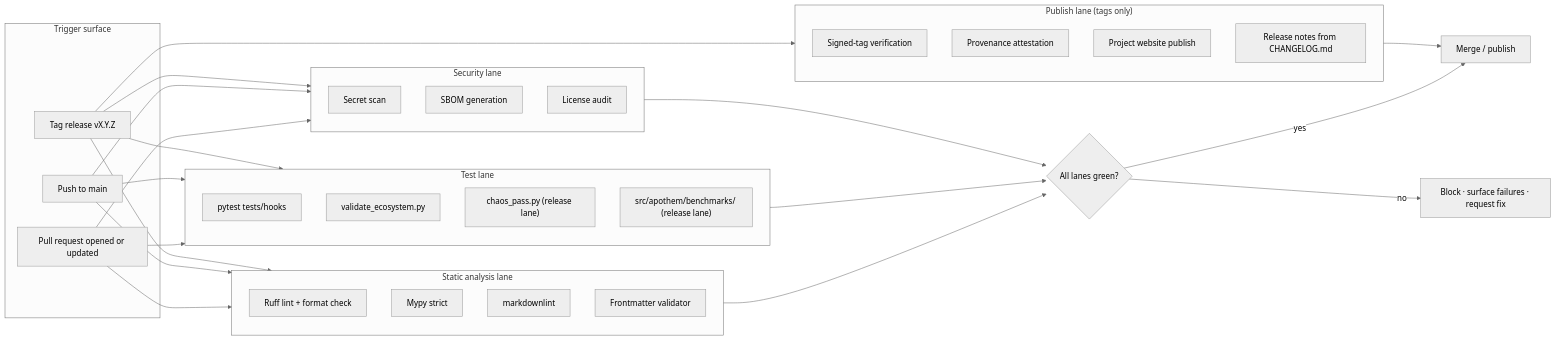
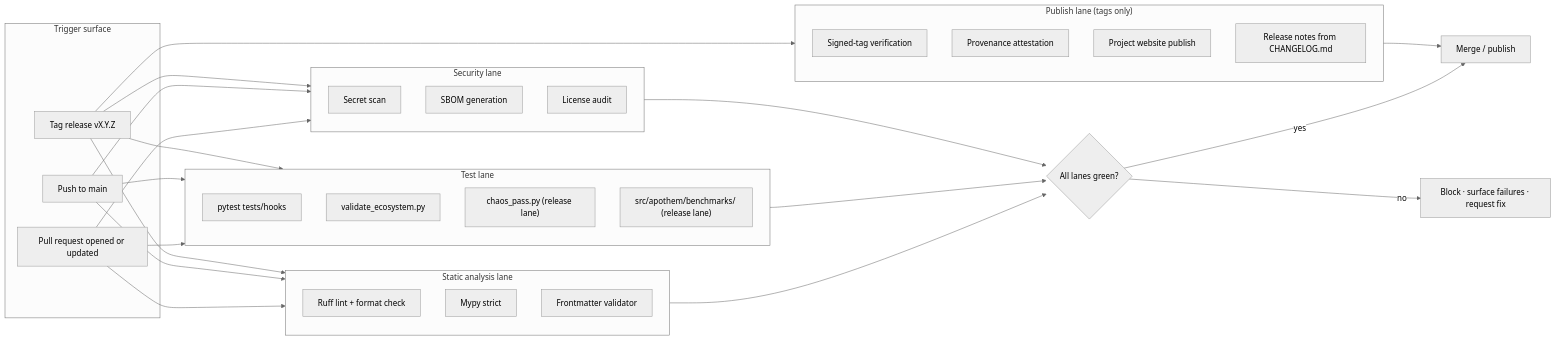
Before and after one commit to Ahmed-G-Gad/apothem: the diagram in site/content/docs/ar/architecture/cicd-pipeline.mdx, drawn with Mermaid. The commit also changed other lines of this file and 672 other files, not shown here.

````diff
--- a/site/content/docs/ar/architecture/cicd-pipeline.mdx
+++ b/site/content/docs/ar/architecture/cicd-pipeline.mdx
@@ -16,53 +16,52 @@
 ```mermaid
 %%{ init: { "theme": "neutral" } }%%
 %% verified: 2026-04-27 %%
 %% provenance: pyproject.toml + scripts/dev/validate_ecosystem.py + scripts/dev/validate_hooks.py %%
 %% cross-reference: site/content/docs/developer-guide.mdx (contributor workflow) %%
 flowchart LR
     accTitle: CI/CD pipeline shape
     accDescr: Left-to-right flowchart of the apothem CI CD pipeline showing build, test, lint, type-check, security scan, docs build, package, sign, and publish stages with branch protection gates between them.
     subgraph Trigger["Trigger surface"]
         PR["Pull request opened or updated"]
         PUSH["Push to main"]
         TAG["Tag release vX.Y.Z"]
     end
     subgraph Static["Static analysis lane"]
         LINT["Ruff lint + format check"]
         TYPE["Mypy strict"]
-        MD["markdownlint"]
         FRONT["Frontmatter validator"]
     end
     subgraph Test["Test lane"]
         PYTEST["pytest tests/hooks"]
         ECO["validate_ecosystem.py"]
         CHAOS["chaos_pass.py (release lane)"]
         BENCH["src/apothem/benchmarks/ (release lane)"]
     end
     subgraph Security["Security lane"]
         SECRETS["Secret scan"]
         SBOM["SBOM generation"]
         LICENSE["License audit"]
     end
     subgraph Publish["Publish lane (tags only)"]
         SIGN["Signed-tag verification"]
         ATTEST["Provenance attestation"]
         DOCS["Project website publish"]
         RELEASE["Release notes from CHANGELOG.md"]
     end
     PR --> Static
     PR --> Test
     PR --> Security
     PUSH --> Static
     PUSH --> Test
     PUSH --> Security
     TAG --> Static
     TAG --> Test
     TAG --> Security
     TAG --> Publish
     Static --> GATE{All lanes green?}
     Test --> GATE
     Security --> GATE
     GATE -->|yes| MERGE[Merge / publish]
     GATE -->|no| BLOCK[Block · surface failures · request fix]
     Publish --> MERGE
 ```
````
